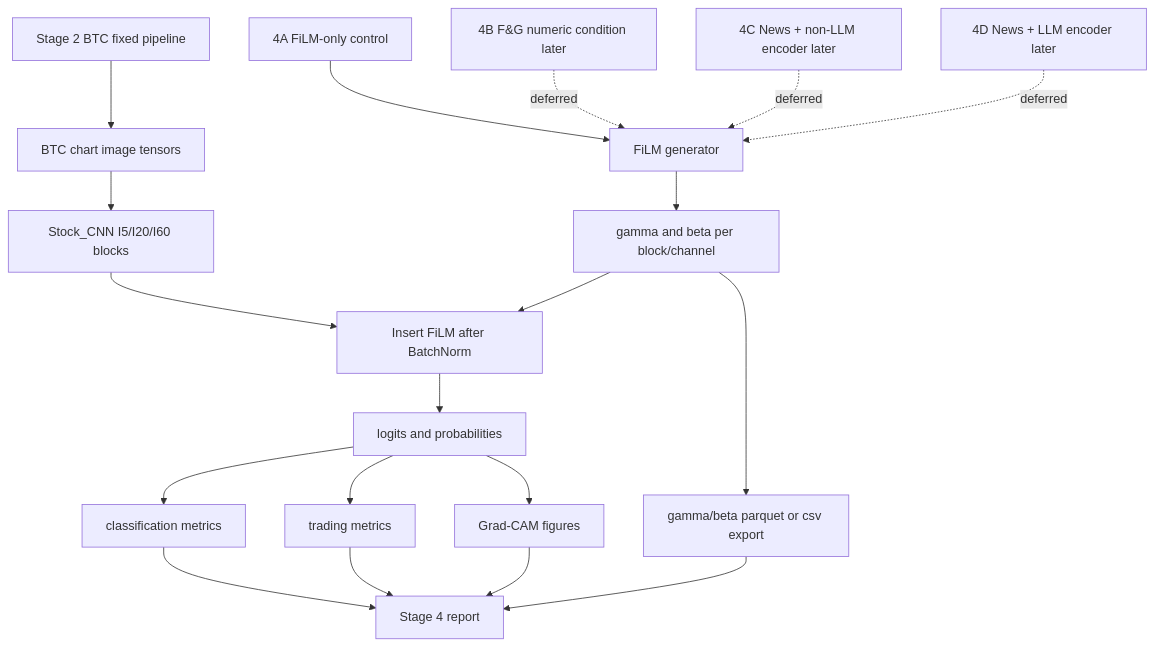
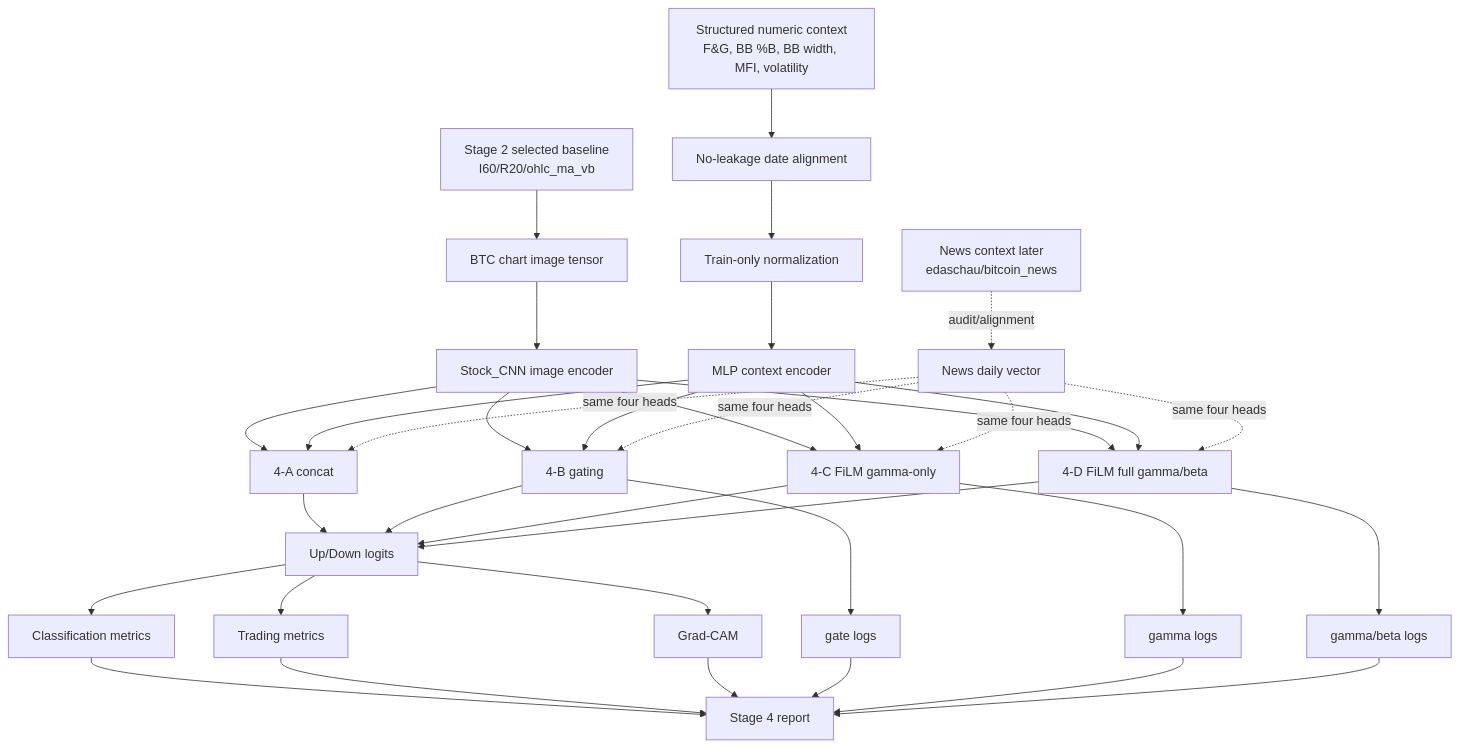
Before and after one commit to Jaehyeon-Jeong/Thesis: the first of 2 diagrams in stage4_film_conditioning/workflow_diagram.md, drawn with Mermaid. The commit also changed other lines of this file and 9 other files, not shown here.

Commit message:
Plan stage4 context fusion experiments

````diff
--- a/stage4_film_conditioning/workflow_diagram.md
+++ b/stage4_film_conditioning/workflow_diagram.md
@@ -5,23 +5,44 @@
 ```mermaid
 flowchart TD
-    A[Stage 2 BTC fixed pipeline] --> B[BTC chart image tensors]
-    B --> C[Stock_CNN I5/I20/I60 blocks]
-    C --> D[Insert FiLM after BatchNorm]
+    A[Stage 2 selected baseline<br/>I60/R20/ohlc_ma_vb] --> B[BTC chart image tensor]
+    B --> C[Stock_CNN image encoder]
 
-    S0[4A FiLM-only control] --> G[FiLM generator]
-    S1[4B F&G numeric condition later] -. deferred .-> G
-    S2[4C News + non-LLM encoder later] -. deferred .-> G
-    S3[4D News + LLM encoder later] -. deferred .-> G
+    D[Structured numeric context<br/>F&G, BB %B, BB width, MFI, volatility] --> E[No-leakage date alignment]
+    E --> F[Train-only normalization]
+    F --> G[MLP context encoder]
 
-    G --> H[gamma and beta per block/channel]
-    H --> D
-    D --> I[logits and probabilities]
-    I --> J[classification metrics]
-    I --> K[trading metrics]
-    I --> L[Grad-CAM figures]
-    H --> M[gamma/beta parquet or csv export]
-    J --> N[Stage 4 report]
-    K --> N
-    L --> N
-    M --> N
+    C --> H1[4-A concat]
+    G --> H1
+    H1 --> O[Up/Down logits]
+
+    C --> H2[4-B gating]
+    G --> H2
+    H2 --> O
+
+    C --> H3[4-C FiLM gamma-only]
+    G --> H3
+    H3 --> O
+
+    C --> H4[4-D FiLM full gamma/beta]
+    G --> H4
+    H4 --> O
+
+    O --> M1[Classification metrics]
+    O --> M2[Trading metrics]
+    O --> M3[Grad-CAM]
+    H2 --> L1[gate logs]
+    H3 --> L2[gamma logs]
+    H4 --> L3[gamma/beta logs]
+    M1 --> R[Stage 4 report]
+    M2 --> R
+    M3 --> R
+    L1 --> R
+    L2 --> R
+    L3 --> R
+
+    N[News context later<br/>edaschau/bitcoin_news] -. audit/alignment .-> NG[News daily vector]
+    NG -. same four heads .-> H1
+    NG -. same four heads .-> H2
+    NG -. same four heads .-> H3
+    NG -. same four heads .-> H4
 ```
````
